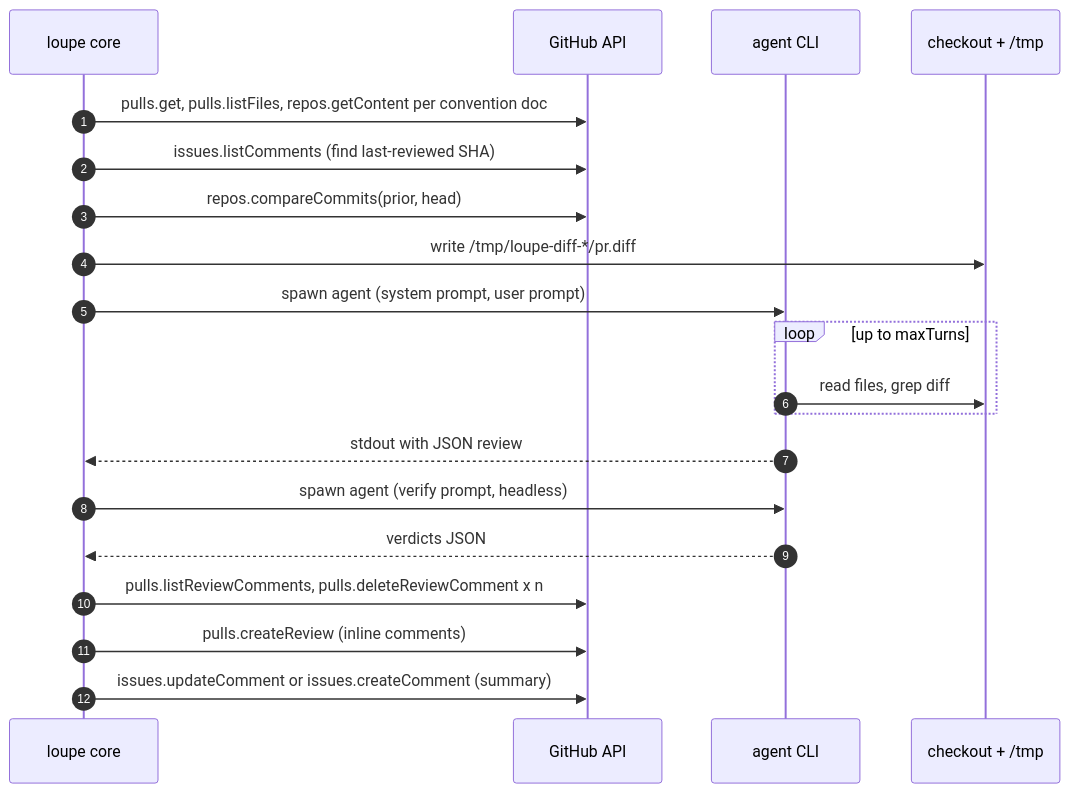
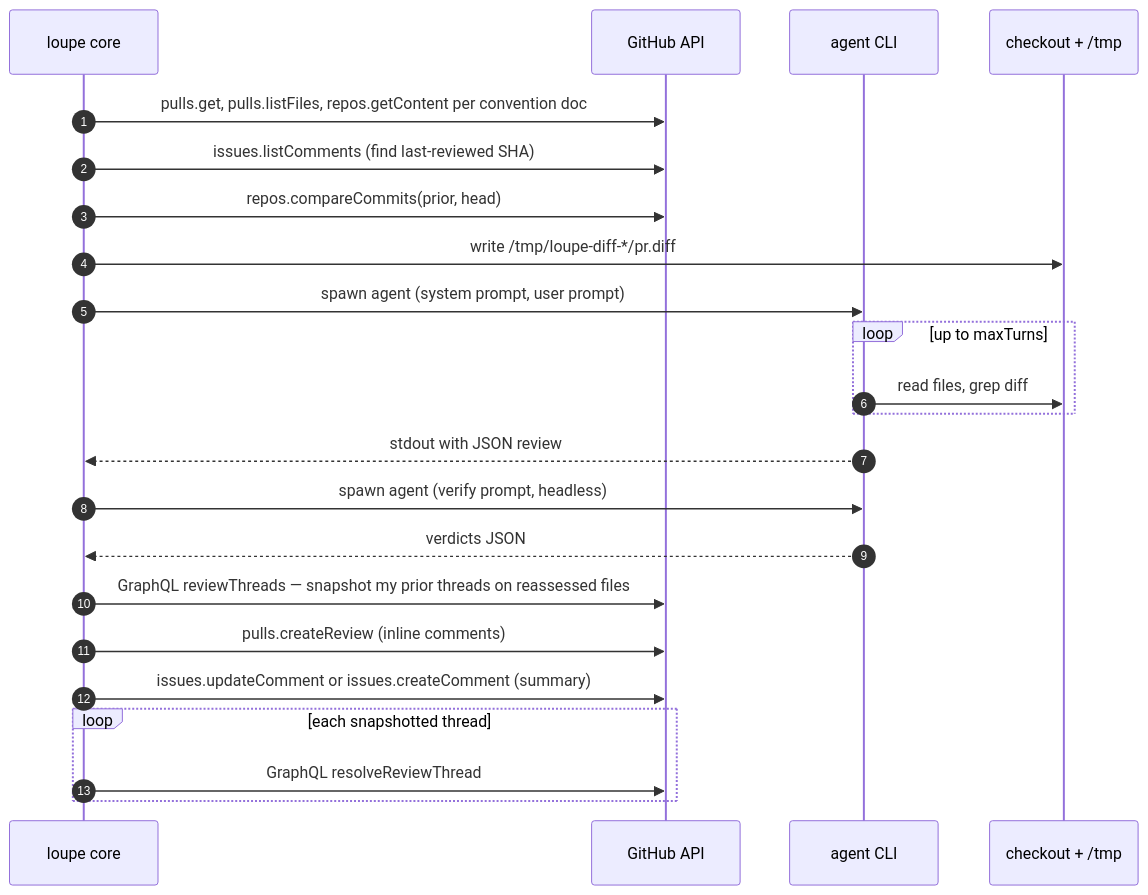
The second of 2 diagrams in docs/how-it-works/review-run.md (anish-inf/loupe), drawn with Mermaid before and after one commit. The commit also changed other lines of this file and 3 other files, not shown here.

Commit message:
docs: update Mermaid diagrams

````diff
--- a/docs/how-it-works/review-run.md
+++ b/docs/how-it-works/review-run.md
@@ -61,23 +65,26 @@
 ```mermaid
 sequenceDiagram
     autonumber
     participant L as loupe core
     participant GH as GitHub API
     participant W as agent CLI
     participant FS as checkout + /tmp
 
     L->>GH: pulls.get, pulls.listFiles, repos.getContent per convention doc
     L->>GH: issues.listComments (find last-reviewed SHA)
     L->>GH: repos.compareCommits(prior, head)
     L->>FS: write /tmp/loupe-diff-*/pr.diff
     L->>W: spawn agent (system prompt, user prompt)
     loop up to maxTurns
         W->>FS: read files, grep diff
     end
     W-->>L: stdout with JSON review
     L->>W: spawn agent (verify prompt, headless)
     W-->>L: verdicts JSON
-    L->>GH: pulls.listReviewComments, pulls.deleteReviewComment x n
+    L->>GH: GraphQL reviewThreads — snapshot my prior threads on reassessed files
     L->>GH: pulls.createReview (inline comments)
     L->>GH: issues.updateComment or issues.createComment (summary)
+    loop each snapshotted thread
+        L->>GH: GraphQL resolveReviewThread
+    end
 ```
````
